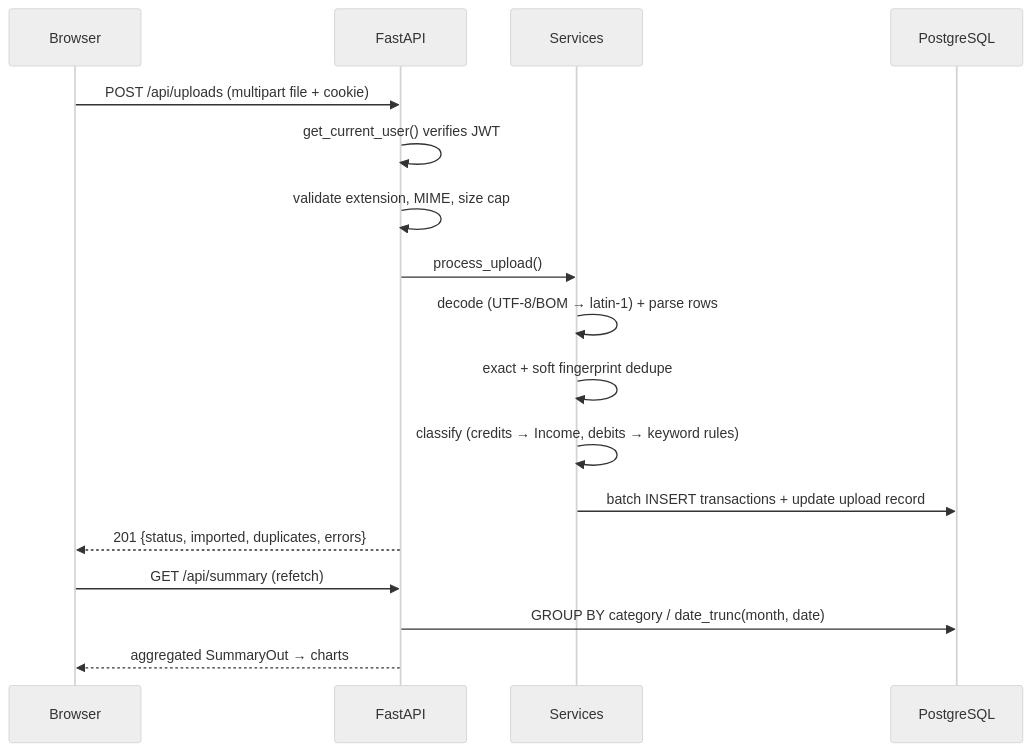
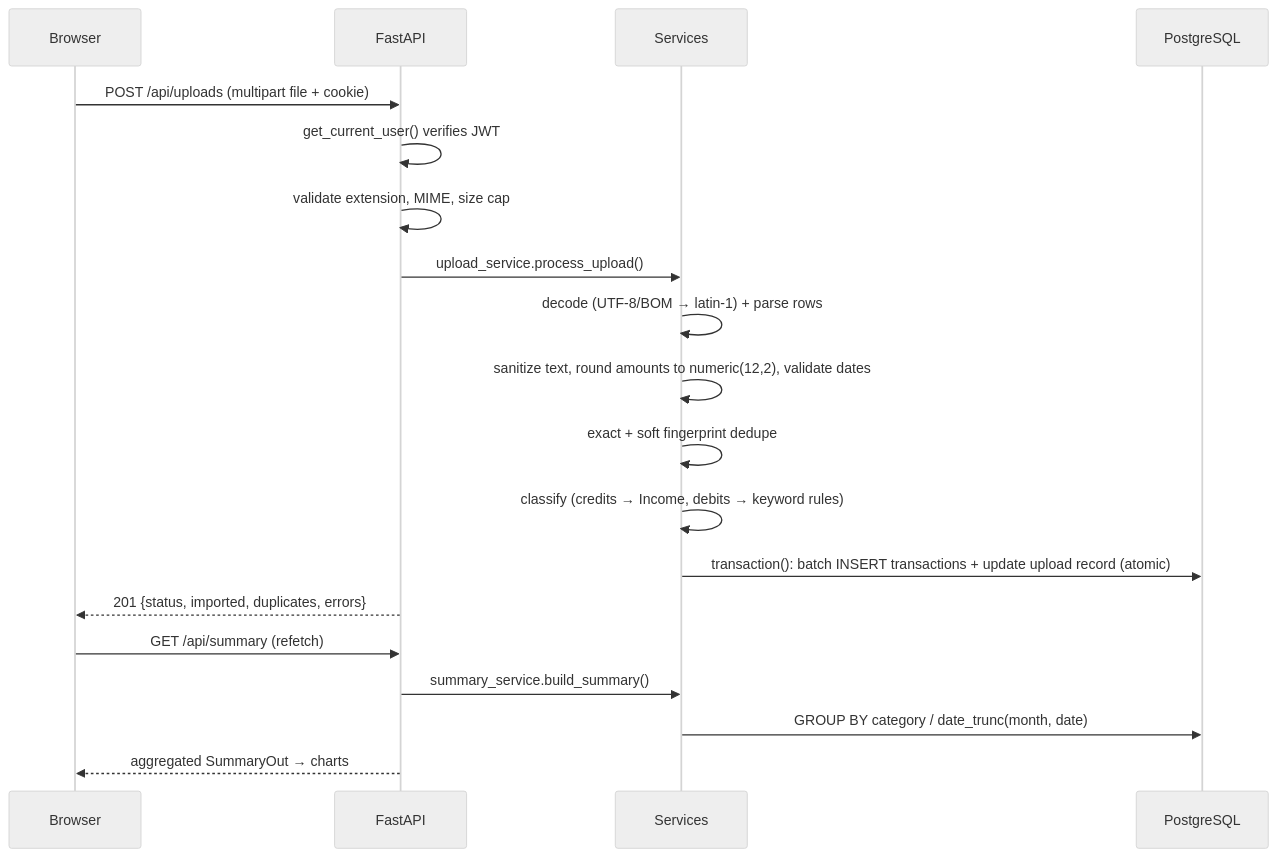
One commit to RIDHIJAIN1/Expensify changed the fifth of 8 diagrams in ARCHITECTURE.md. Above: the diagram before and after it, drawn with Mermaid (neutral theme). The commit also changed other lines of this file and 57 other files, not shown here.

````diff
--- a/ARCHITECTURE.md
+++ b/ARCHITECTURE.md
@@ -136,19 +148,21 @@
 ```mermaid
 sequenceDiagram
   participant U as Browser
   participant A as FastAPI
   participant S as Services
   participant DB as PostgreSQL
   U->>A: POST /api/uploads (multipart file + cookie)
   A->>A: get_current_user() verifies JWT
   A->>A: validate extension, MIME, size cap
-  A->>S: process_upload()
+  A->>S: upload_service.process_upload()
   S->>S: decode (UTF-8/BOM → latin-1) + parse rows
+  S->>S: sanitize text, round amounts to numeric(12,2), validate dates
   S->>S: exact + soft fingerprint dedupe
   S->>S: classify (credits → Income, debits → keyword rules)
-  S->>DB: batch INSERT transactions + update upload record
+  S->>DB: transaction(): batch INSERT transactions + update upload record (atomic)
   A-->>U: 201 {status, imported, duplicates, errors}
   U->>A: GET /api/summary (refetch)
-  A->>DB: GROUP BY category / date_trunc(month, date)
+  A->>S: summary_service.build_summary()
+  S->>DB: GROUP BY category / date_trunc(month, date)
   A-->>U: aggregated SummaryOut → charts
 ```
````
